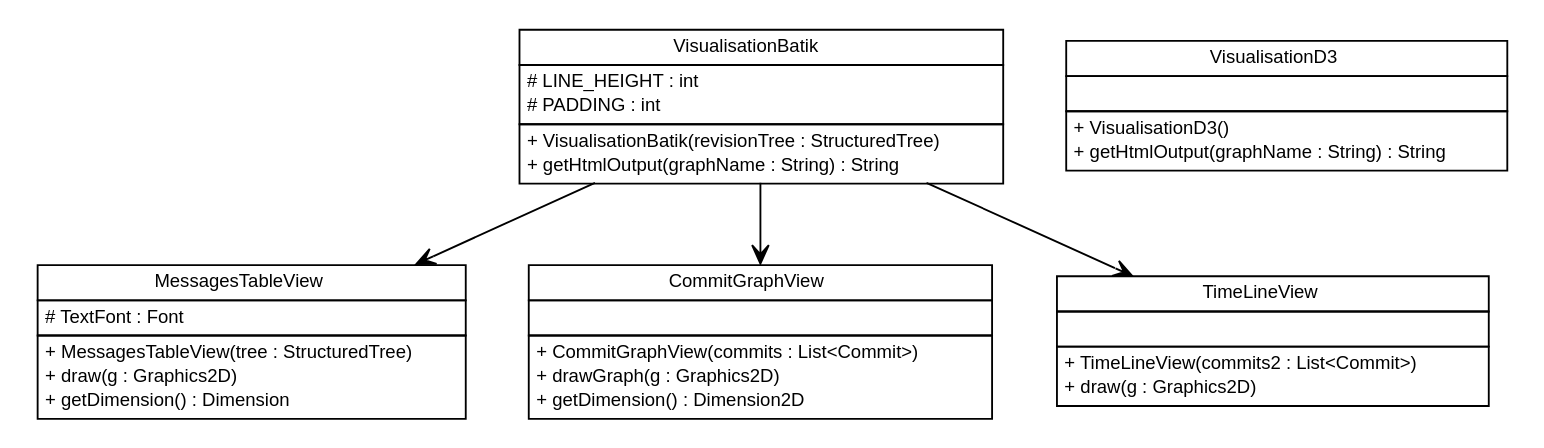
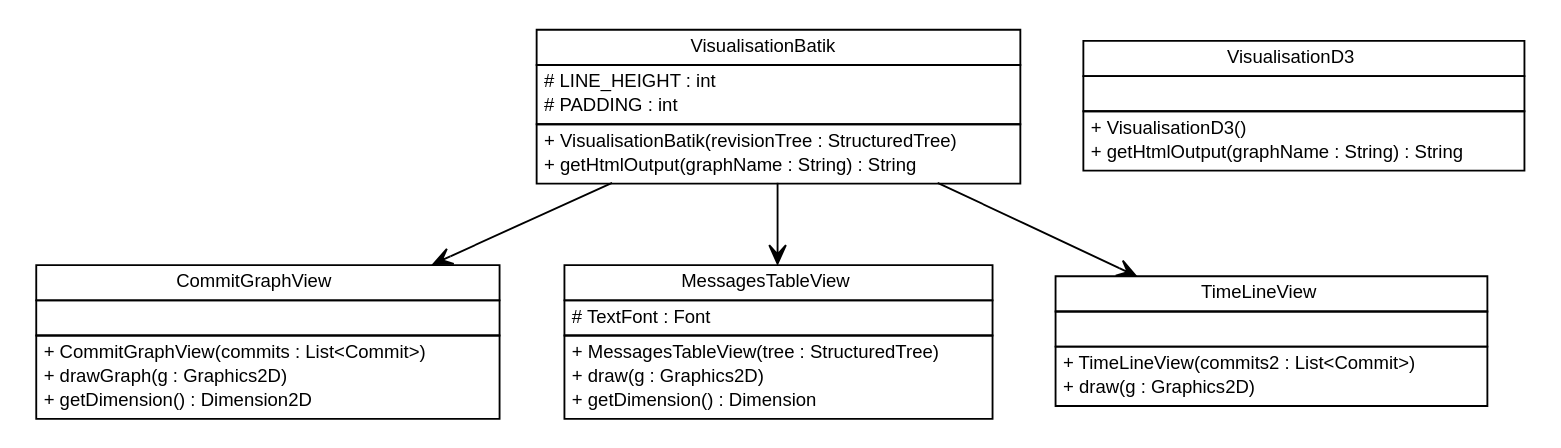
Before and after one commit to adrianorzyszek/r43ples: the diagram in site/apidocs/de/tud/plt/r43ples/visualisation/de.tud.plt.r43ples.visualisation.dot, drawn with Graphviz. The commit also changed 310 other files, not shown here.

```diff
--- a/site/apidocs/de/tud/plt/r43ples/visualisation/de.tud.plt.r43ples.visualisation.dot
+++ b/site/apidocs/de/tud/plt/r43ples/visualisation/de.tud.plt.r43ples.visualisation.dot
@@ -1,86 +1,86 @@
 #!/usr/local/bin/dot
 #
 # Class diagram 
 # Generated by UMLGraph version R5_6-24-gf6e263 (http://www.umlgraph.org/)
 #
 
 digraph G {
 	edge [fontname="Helvetica",fontsize=10,labelfontname="Helvetica",labelfontsize=10];
 	node [fontname="Helvetica",fontsize=10,shape=plaintext];
 	nodesep=0.25;
 	ranksep=0.5;
+	// de.tud.plt.r43ples.visualisation.CommitGraphView
+	c44 [label=<<table title="de.tud.plt.r43ples.visualisation.CommitGraphView" border="0" cellborder="1" cellspacing="0" cellpadding="2" port="p" href="./CommitGraphView.html">
+		<tr><td><table border="0" cellspacing="0" cellpadding="1">
+<tr><td align="center" balign="center"> CommitGraphView </td></tr>
+		</table></td></tr>
+		<tr><td><table border="0" cellspacing="0" cellpadding="1">
+<tr><td align="left" balign="left">  </td></tr>
+		</table></td></tr>
+		<tr><td><table border="0" cellspacing="0" cellpadding="1">
+<tr><td align="left" balign="left"> + CommitGraphView(commits : List&lt;Commit&gt;) </td></tr>
+<tr><td align="left" balign="left"> + drawGraph(g : Graphics2D) </td></tr>
+<tr><td align="left" balign="left"> + getDimension() : Dimension2D </td></tr>
+		</table></td></tr>
+		</table>>, URL="./CommitGraphView.html", fontname="Helvetica", fontcolor="black", fontsize=10.0];
+	// de.tud.plt.r43ples.visualisation.MessagesTableView
+	c45 [label=<<table title="de.tud.plt.r43ples.visualisation.MessagesTableView" border="0" cellborder="1" cellspacing="0" cellpadding="2" port="p" href="./MessagesTableView.html">
+		<tr><td><table border="0" cellspacing="0" cellpadding="1">
+<tr><td align="center" balign="center"> MessagesTableView </td></tr>
+		</table></td></tr>
+		<tr><td><table border="0" cellspacing="0" cellpadding="1">
+<tr><td align="left" balign="left"> # TextFont : Font </td></tr>
+		</table></td></tr>
+		<tr><td><table border="0" cellspacing="0" cellpadding="1">
+<tr><td align="left" balign="left"> + MessagesTableView(tree : StructuredTree) </td></tr>
+<tr><td align="left" balign="left"> + draw(g : Graphics2D) </td></tr>
+<tr><td align="left" balign="left"> + getDimension() : Dimension </td></tr>
+		</table></td></tr>
+		</table>>, URL="./MessagesTableView.html", fontname="Helvetica", fontcolor="black", fontsize=10.0];
+	// de.tud.plt.r43ples.visualisation.TimeLineView
+	c46 [label=<<table title="de.tud.plt.r43ples.visualisation.TimeLineView" border="0" cellborder="1" cellspacing="0" cellpadding="2" port="p" href="./TimeLineView.html">
+		<tr><td><table border="0" cellspacing="0" cellpadding="1">
+<tr><td align="center" balign="center"> TimeLineView </td></tr>
+		</table></td></tr>
+		<tr><td><table border="0" cellspacing="0" cellpadding="1">
+<tr><td align="left" balign="left">  </td></tr>
+		</table></td></tr>
+		<tr><td><table border="0" cellspacing="0" cellpadding="1">
+<tr><td align="left" balign="left"> + TimeLineView(commits2 : List&lt;Commit&gt;) </td></tr>
+<tr><td align="left" balign="left"> + draw(g : Graphics2D) </td></tr>
+		</table></td></tr>
+		</table>>, URL="./TimeLineView.html", fontname="Helvetica", fontcolor="black", fontsize=10.0];
 	// de.tud.plt.r43ples.visualisation.VisualisationBatik
-	c219 [label=<<table title="de.tud.plt.r43ples.visualisation.VisualisationBatik" border="0" cellborder="1" cellspacing="0" cellpadding="2" port="p" href="./VisualisationBatik.html">
+	c47 [label=<<table title="de.tud.plt.r43ples.visualisation.VisualisationBatik" border="0" cellborder="1" cellspacing="0" cellpadding="2" port="p" href="./VisualisationBatik.html">
 		<tr><td><table border="0" cellspacing="0" cellpadding="1">
 <tr><td align="center" balign="center"> VisualisationBatik </td></tr>
 		</table></td></tr>
 		<tr><td><table border="0" cellspacing="0" cellpadding="1">
 <tr><td align="left" balign="left"> # LINE_HEIGHT : int </td></tr>
 <tr><td align="left" balign="left"> # PADDING : int </td></tr>
 		</table></td></tr>
 		<tr><td><table border="0" cellspacing="0" cellpadding="1">
 <tr><td align="left" balign="left"> + VisualisationBatik(revisionTree : StructuredTree) </td></tr>
 <tr><td align="left" balign="left"> + getHtmlOutput(graphName : String) : String </td></tr>
 		</table></td></tr>
 		</table>>, URL="./VisualisationBatik.html", fontname="Helvetica", fontcolor="black", fontsize=10.0];
-	// de.tud.plt.r43ples.visualisation.MessagesTableView
-	c220 [label=<<table title="de.tud.plt.r43ples.visualisation.MessagesTableView" border="0" cellborder="1" cellspacing="0" cellpadding="2" port="p" href="./MessagesTableView.html">
-		<tr><td><table border="0" cellspacing="0" cellpadding="1">
-<tr><td align="center" balign="center"> MessagesTableView </td></tr>
-		</table></td></tr>
-		<tr><td><table border="0" cellspacing="0" cellpadding="1">
-<tr><td align="left" balign="left"> # TextFont : Font </td></tr>
-		</table></td></tr>
-		<tr><td><table border="0" cellspacing="0" cellpadding="1">
-<tr><td align="left" balign="left"> + MessagesTableView(tree : StructuredTree) </td></tr>
-<tr><td align="left" balign="left"> + draw(g : Graphics2D) </td></tr>
-<tr><td align="left" balign="left"> + getDimension() : Dimension </td></tr>
-		</table></td></tr>
-		</table>>, URL="./MessagesTableView.html", fontname="Helvetica", fontcolor="black", fontsize=10.0];
 	// de.tud.plt.r43ples.visualisation.VisualisationD3
-	c221 [label=<<table title="de.tud.plt.r43ples.visualisation.VisualisationD3" border="0" cellborder="1" cellspacing="0" cellpadding="2" port="p" href="./VisualisationD3.html">
+	c48 [label=<<table title="de.tud.plt.r43ples.visualisation.VisualisationD3" border="0" cellborder="1" cellspacing="0" cellpadding="2" port="p" href="./VisualisationD3.html">
 		<tr><td><table border="0" cellspacing="0" cellpadding="1">
 <tr><td align="center" balign="center"> VisualisationD3 </td></tr>
 		</table></td></tr>
 		<tr><td><table border="0" cellspacing="0" cellpadding="1">
 <tr><td align="left" balign="left">  </td></tr>
 		</table></td></tr>
 		<tr><td><table border="0" cellspacing="0" cellpadding="1">
 <tr><td align="left" balign="left"> + VisualisationD3() </td></tr>
 <tr><td align="left" balign="left"> + getHtmlOutput(graphName : String) : String </td></tr>
 		</table></td></tr>
 		</table>>, URL="./VisualisationD3.html", fontname="Helvetica", fontcolor="black", fontsize=10.0];
-	// de.tud.plt.r43ples.visualisation.CommitGraphView
-	c222 [label=<<table title="de.tud.plt.r43ples.visualisation.CommitGraphView" border="0" cellborder="1" cellspacing="0" cellpadding="2" port="p" href="./CommitGraphView.html">
-		<tr><td><table border="0" cellspacing="0" cellpadding="1">
-<tr><td align="center" balign="center"> CommitGraphView </td></tr>
-		</table></td></tr>
-		<tr><td><table border="0" cellspacing="0" cellpadding="1">
-<tr><td align="left" balign="left">  </td></tr>
-		</table></td></tr>
-		<tr><td><table border="0" cellspacing="0" cellpadding="1">
-<tr><td align="left" balign="left"> + CommitGraphView(commits : List&lt;Commit&gt;) </td></tr>
-<tr><td align="left" balign="left"> + drawGraph(g : Graphics2D) </td></tr>
-<tr><td align="left" balign="left"> + getDimension() : Dimension2D </td></tr>
-		</table></td></tr>
-		</table>>, URL="./CommitGraphView.html", fontname="Helvetica", fontcolor="black", fontsize=10.0];
-	// de.tud.plt.r43ples.visualisation.TimeLineView
-	c223 [label=<<table title="de.tud.plt.r43ples.visualisation.TimeLineView" border="0" cellborder="1" cellspacing="0" cellpadding="2" port="p" href="./TimeLineView.html">
-		<tr><td><table border="0" cellspacing="0" cellpadding="1">
-<tr><td align="center" balign="center"> TimeLineView </td></tr>
-		</table></td></tr>
-		<tr><td><table border="0" cellspacing="0" cellpadding="1">
-<tr><td align="left" balign="left">  </td></tr>
-		</table></td></tr>
-		<tr><td><table border="0" cellspacing="0" cellpadding="1">
-<tr><td align="left" balign="left"> + TimeLineView(commits2 : List&lt;Commit&gt;) </td></tr>
-<tr><td align="left" balign="left"> + draw(g : Graphics2D) </td></tr>
-		</table></td></tr>
-		</table>>, URL="./TimeLineView.html", fontname="Helvetica", fontcolor="black", fontsize=10.0];
 	// de.tud.plt.r43ples.visualisation.VisualisationBatik NAVASSOC de.tud.plt.r43ples.visualisation.TimeLineView
-	c219:p -> c223:p [taillabel="", label="", headlabel="", fontname="Helvetica", fontcolor="black", fontsize=10.0, color="black", arrowhead=open];
+	c47:p -> c46:p [taillabel="", label="", headlabel="", fontname="Helvetica", fontcolor="black", fontsize=10.0, color="black", arrowhead=open];
 	// de.tud.plt.r43ples.visualisation.VisualisationBatik NAVASSOC de.tud.plt.r43ples.visualisation.CommitGraphView
-	c219:p -> c222:p [taillabel="", label="", headlabel="", fontname="Helvetica", fontcolor="black", fontsize=10.0, color="black", arrowhead=open];
+	c47:p -> c44:p [taillabel="", label="", headlabel="", fontname="Helvetica", fontcolor="black", fontsize=10.0, color="black", arrowhead=open];
 	// de.tud.plt.r43ples.visualisation.VisualisationBatik NAVASSOC de.tud.plt.r43ples.visualisation.MessagesTableView
-	c219:p -> c220:p [taillabel="", label="", headlabel="", fontname="Helvetica", fontcolor="black", fontsize=10.0, color="black", arrowhead=open];
+	c47:p -> c45:p [taillabel="", label="", headlabel="", fontname="Helvetica", fontcolor="black", fontsize=10.0, color="black", arrowhead=open];
 }
```
